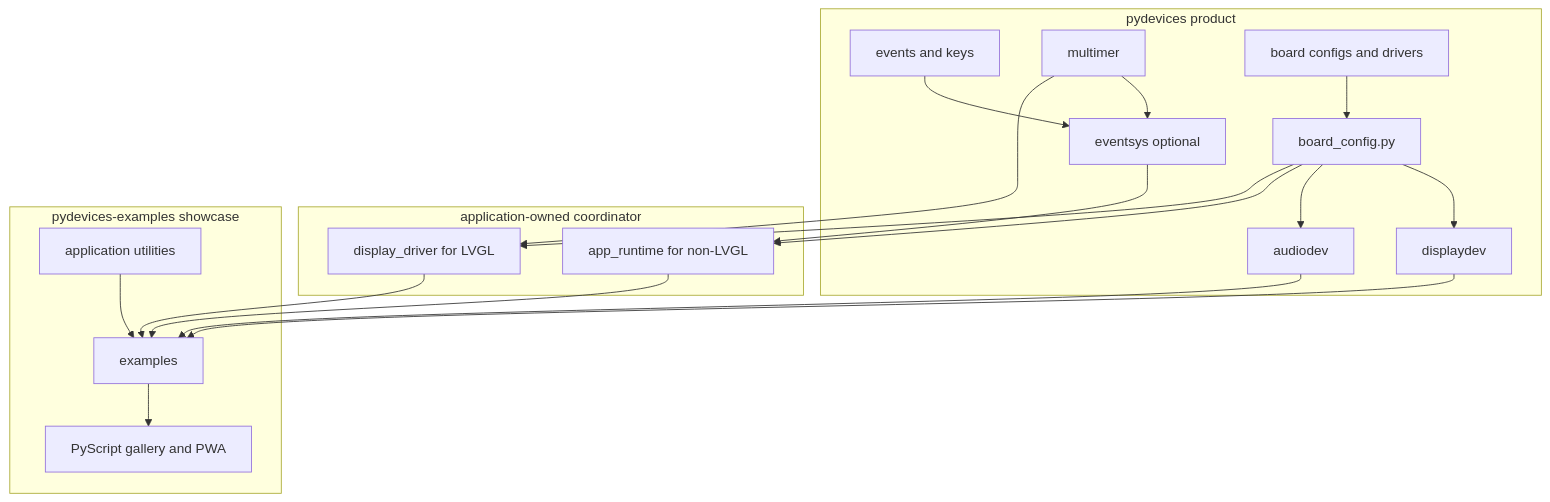
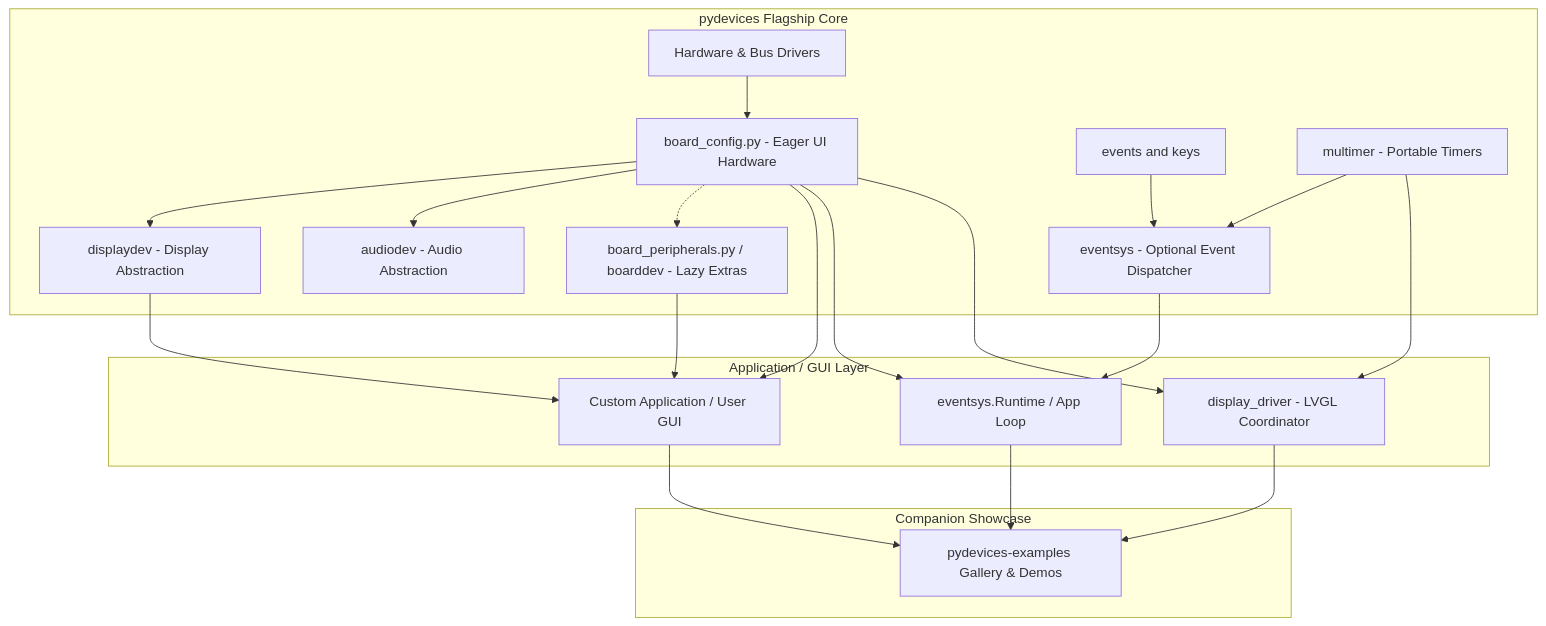
Before and after one commit to PyDevices/micropython-hardware: the diagram in docs/architecture.md, drawn with Mermaid. The commit also changed other lines of this file and 10 other files, not shown here.

````diff
--- a/docs/architecture.md
+++ b/docs/architecture.md
@@ -12,37 +9,41 @@
 ```mermaid
 flowchart TB
-  subgraph product [pydevices product]
-    BC[board_config.py]
-    DD[displaydev]
-    AD[audiodev]
+  subgraph product [pydevices Flagship Core]
+    BC[board_config.py - Eager UI Hardware]
+    BP[board_peripherals.py / boarddev - Lazy Extras]
+    DD[displaydev - Display Abstraction]
+    AD[audiodev - Audio Abstraction]
     EV[events and keys]
-    MT[multimer]
-    ES[eventsys optional]
-    DR[board configs and drivers]
+    MT[multimer - Portable Timers]
+    ES[eventsys - Optional Event Dispatcher]
+    DR[Hardware & Bus Drivers]
   end
-  subgraph coordinator [application-owned coordinator]
-    AR[app_runtime for non-LVGL]
-    LR[display_driver for LVGL]
+  subgraph app [Application / GUI Layer]
+    APP[Custom Application / User GUI]
+    AR[eventsys.Runtime / App Loop]
+    LR[display_driver - LVGL Coordinator]
   end
-  subgraph showcase [pydevices-examples showcase]
-    EX[examples]
-    UT[application utilities]
-    PW[PyScript gallery and PWA]
+  subgraph showcase [Companion Showcase]
+    EX[pydevices-examples Gallery & Demos]
   end
 
   DR --> BC
   BC --> DD
   BC --> AD
+  BC -.-> BP
   EV --> ES
   MT --> ES
+
+  BC --> APP
+  DD --> APP
+  BP --> APP
+
   BC --> AR
   ES --> AR
   BC --> LR
   MT --> LR
+
+  APP --> EX
   AR --> EX
   LR --> EX
-  DD --> EX
-  AD --> EX
-  EX --> PW
-  UT --> EX
 ```
````
